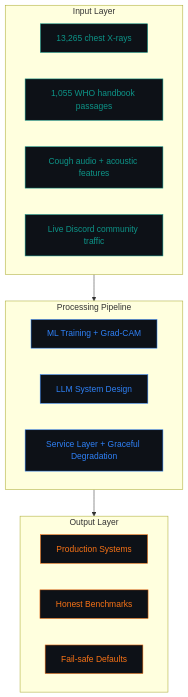
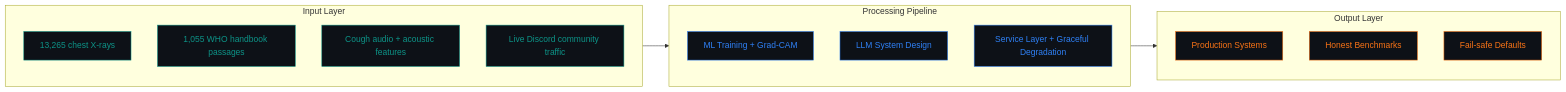
Before and after one commit to ra189zor/ra189zor: the first of 4 diagrams in README.md, drawn with Mermaid. The commit also changed other lines of this file and 7 other files, not shown here.

````diff
--- a/README.md
+++ b/README.md
@@ -31,33 +31,34 @@
 ```mermaid
-flowchart TB
+flowchart LR
     subgraph INPUT [ Input Layer ]
-        direction LR
+        direction TB
         D1["13,265 chest X-rays"]
         D2["1,055 WHO handbook passages"]
         D3["Cough audio + acoustic features"]
         D4["Live Discord community traffic"]
     end
 
     subgraph CORE [ Processing Pipeline ]
-        direction LR
+        direction TB
         P1["ML Training + Grad-CAM"]
         P2["LLM System Design"]
         P3["Service Layer + Graceful Degradation"]
     end
 
     subgraph OUTPUT [ Output Layer ]
-        direction LR
+        direction TB
         O1["Production Systems"]
         O2["Honest Benchmarks"]
         O3["Fail-safe Defaults"]
     end
 
-    INPUT --> CORE --> OUTPUT
+    D1 --> P1
+    P3 --> O1
 
     classDef input fill:#0D1117,stroke:#0D9488,color:#0D9488
     classDef proc fill:#0D1117,stroke:#2F81F7,color:#2F81F7
     classDef output fill:#0D1117,stroke:#F97316,color:#F97316
     class D1,D2,D3,D4 input
     class P1,P2,P3 proc
     class O1,O2,O3 output
 ```
````
